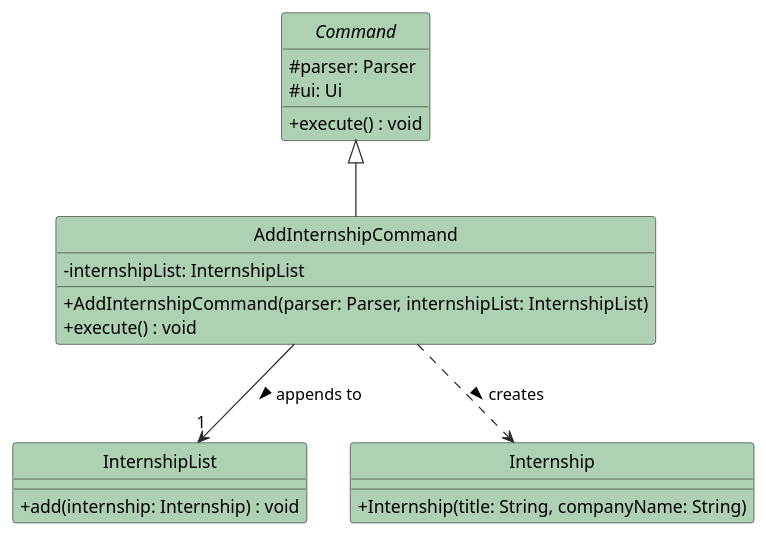
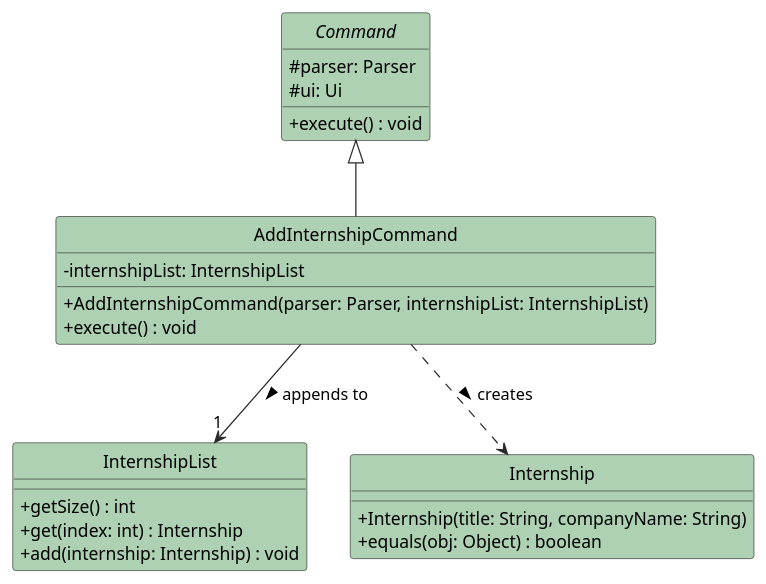
The diagram in docs/diagrams/AddInternshipCommandClassDiagram.puml (AY2526S2-CS2113-W10-4/tp), drawn with PlantUML before and after one commit. The commit also changed 5 other files, not shown here.

```diff
--- a/docs/diagrams/AddInternshipCommandClassDiagram.puml
+++ b/docs/diagrams/AddInternshipCommandClassDiagram.puml
@@ -1,34 +1,37 @@
 @startuml
 hide circle
 skinparam classAttributeIconSize 0
 skinparam class {
     BackgroundColor #ADD1B2
     ArrowColor #2A2A2A
     BorderColor #2A2A2A
 }
 
 abstract class Command {
   # parser: Parser
   # ui: Ui
   + execute() : void
 }
 
 class AddInternshipCommand {
   - internshipList: InternshipList
   + AddInternshipCommand(parser: Parser, internshipList: InternshipList)
   + execute() : void
 }
 
 class InternshipList {
+  + getSize() : int
+  + get(index: int) : Internship
   + add(internship: Internship) : void
 }
 
 class Internship {
   + Internship(title: String, companyName: String)
+  + equals(obj: Object) : boolean
 }
 
 Command <|-- AddInternshipCommand
 AddInternshipCommand --> "1" InternshipList : appends to >
 AddInternshipCommand ..> Internship : creates >
 
 @enduml
```
